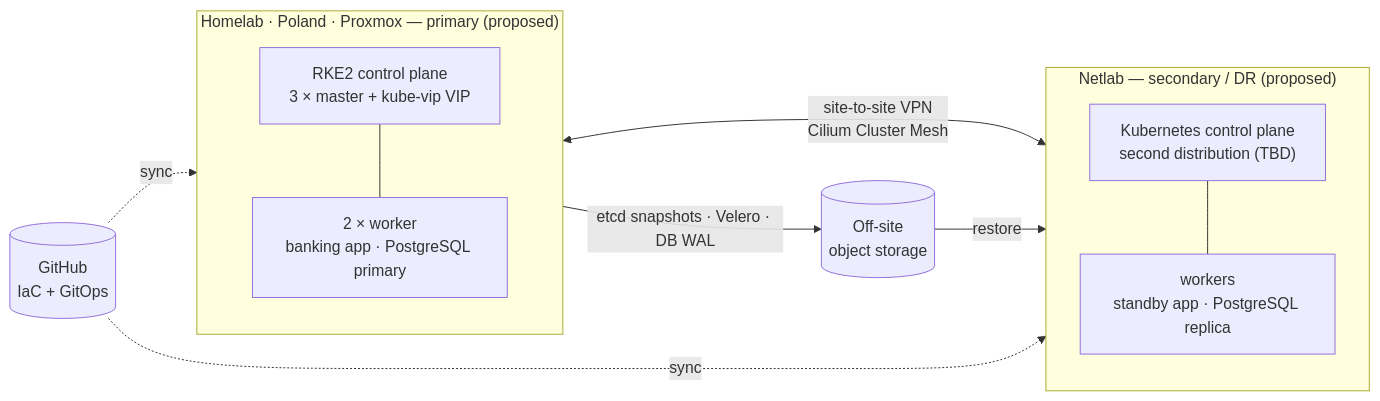
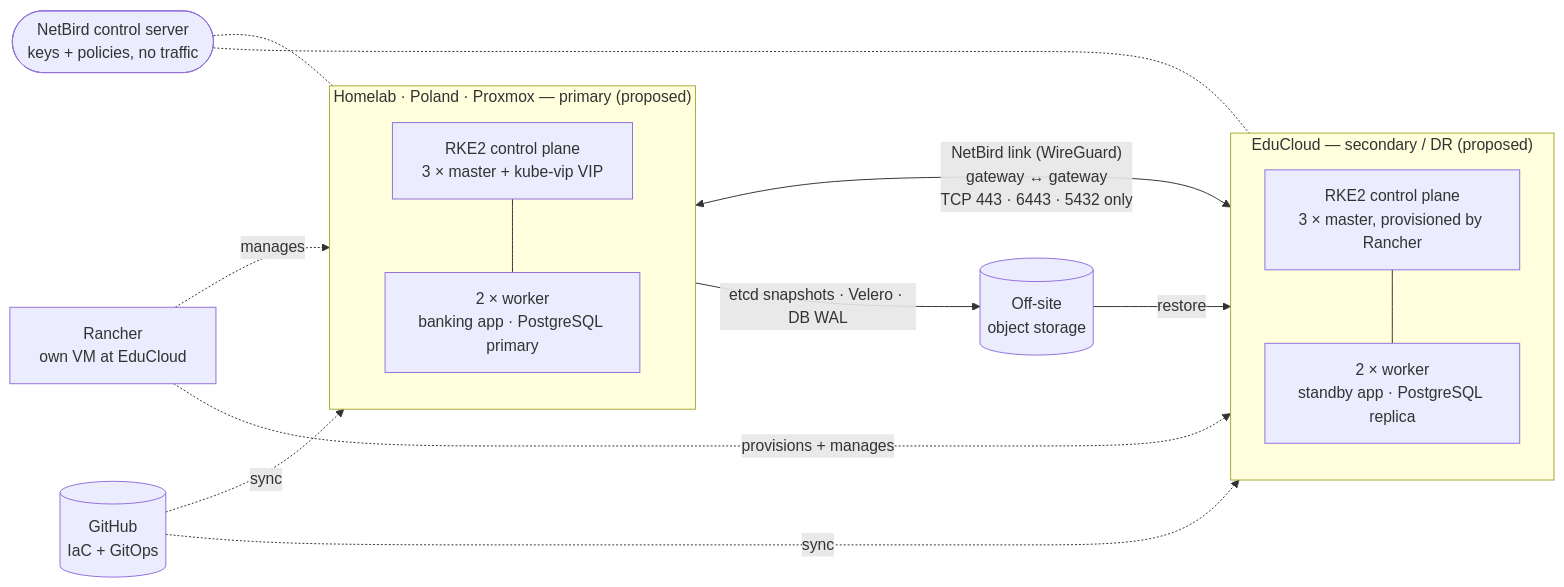
The diagram in README.md (alissento/s7-personal-project), drawn with Mermaid before and after one commit. The commit also changed other lines of this file and 9 other files, not shown here.

First line of the commit message:
Switch to RKE2 on both sites, NetBird and Rancher; add project agents

````diff
--- a/README.md
+++ b/README.md
@@ -20,21 +20,25 @@
 ```mermaid
 flowchart LR
     subgraph HL["Homelab · Poland · Proxmox — primary (proposed)"]
         direction TB
         HLCP["RKE2 control plane<br/>3 × master + kube-vip VIP"]
         HLW["2 × worker<br/>banking app · PostgreSQL primary"]
         HLCP --- HLW
     end
-    subgraph NL["Netlab — secondary / DR (proposed)"]
+    subgraph NL["EduCloud — secondary / DR (proposed)"]
         direction TB
-        NLCP["Kubernetes control plane<br/>second distribution (TBD)"]
-        NLW["workers<br/>standby app · PostgreSQL replica"]
+        NLCP["RKE2 control plane<br/>3 × master, provisioned by Rancher"]
+        NLW["2 × worker<br/>standby app · PostgreSQL replica"]
         NLCP --- NLW
     end
-    HL <-->|"site-to-site VPN<br/>Cilium Cluster Mesh"| NL
+    HL <-->|"NetBird link (WireGuard)<br/>gateway ↔ gateway<br/>TCP 443 · 6443 · 5432 only"| NL
+    NB(["NetBird control server<br/>keys + policies, no traffic"]) -.- HL
+    NB -.- NL
+    RANCHER["Rancher<br/>own VM at EduCloud"] -.->|manages| HL
+    RANCHER -.->|"provisions + manages"| NL
     GIT[("GitHub<br/>IaC + GitOps")] -.->|sync| HL
     GIT -.->|sync| NL
     S3[("Off-site<br/>object storage")]
     HL -->|"etcd snapshots · Velero · DB WAL"| S3
     S3 -->|restore| NL
 ```
````
